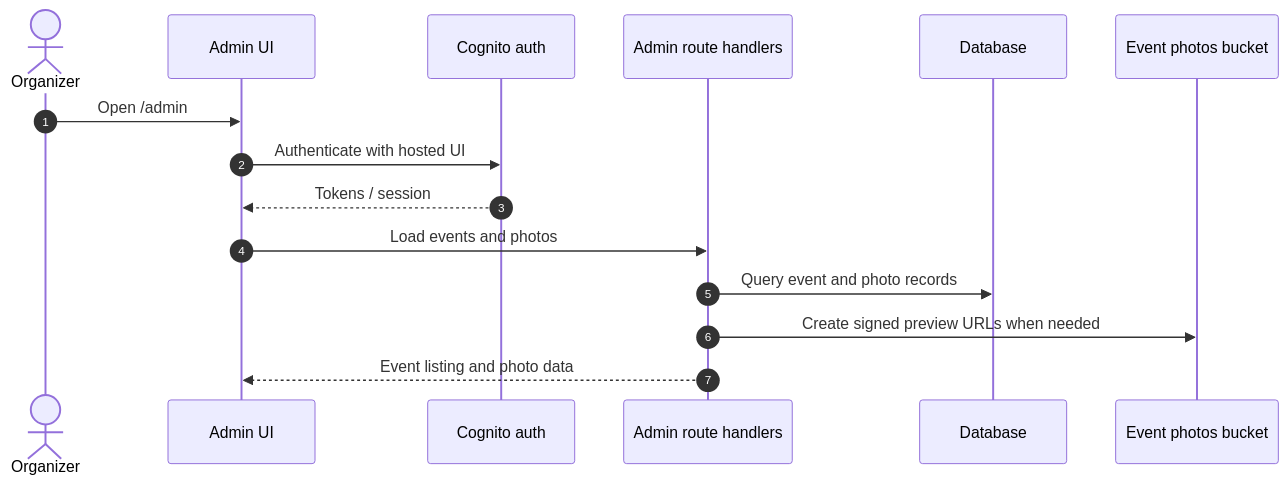
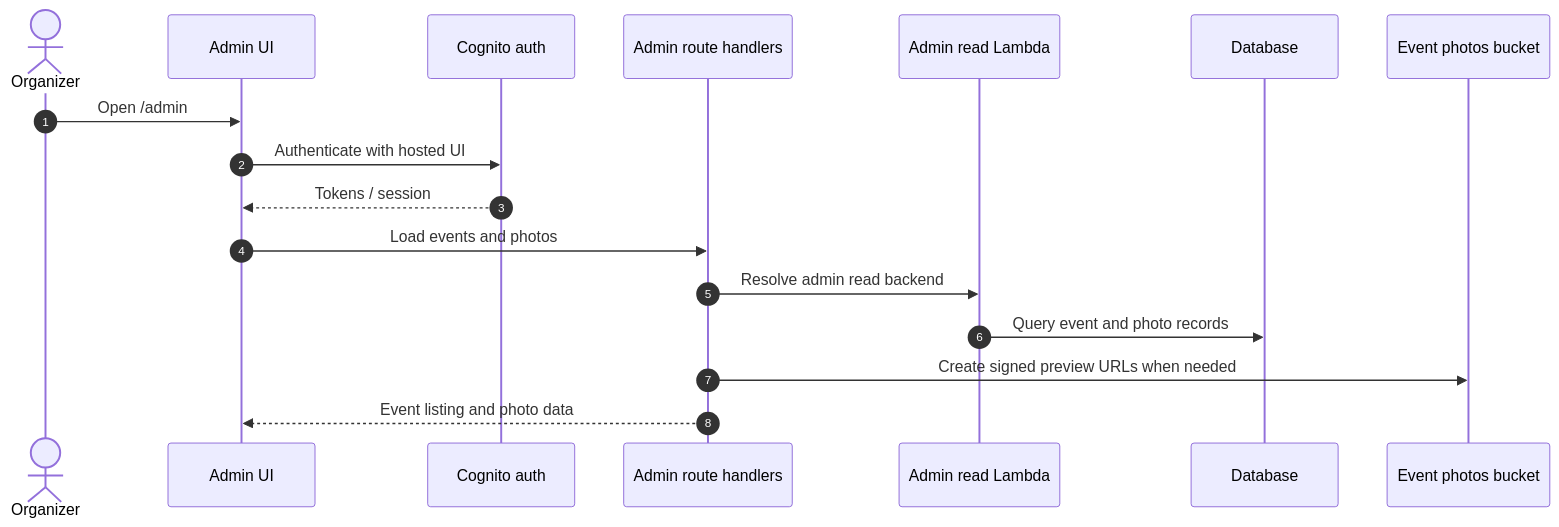
The fifth of 7 diagrams in README.md (anyulled/FaceLocator), drawn with Mermaid before and after one commit. The commit also changed other lines of this file and 8 other files, not shown here.

````diff
--- a/README.md
+++ b/README.md
@@ -170,18 +206,20 @@
 ```mermaid
 sequenceDiagram
   autonumber
   actor O as Organizer
   participant UI as Admin UI
   participant AUTH as Cognito auth
   participant API as Admin route handlers
+  participant L as Admin read Lambda
   participant DB as Database
   participant S3 as Event photos bucket
 
   O->>UI: Open /admin
   UI->>AUTH: Authenticate with hosted UI
   AUTH-->>UI: Tokens / session
   UI->>API: Load events and photos
-  API->>DB: Query event and photo records
+  API->>L: Resolve admin read backend
+  L->>DB: Query event and photo records
   API->>S3: Create signed preview URLs when needed
   API-->>UI: Event listing and photo data
 ```
````
